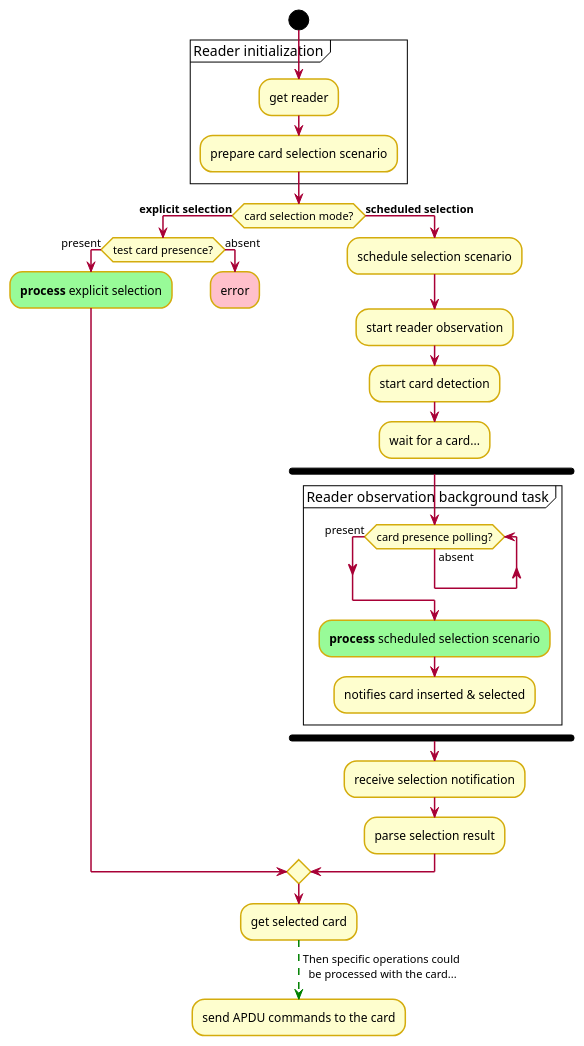
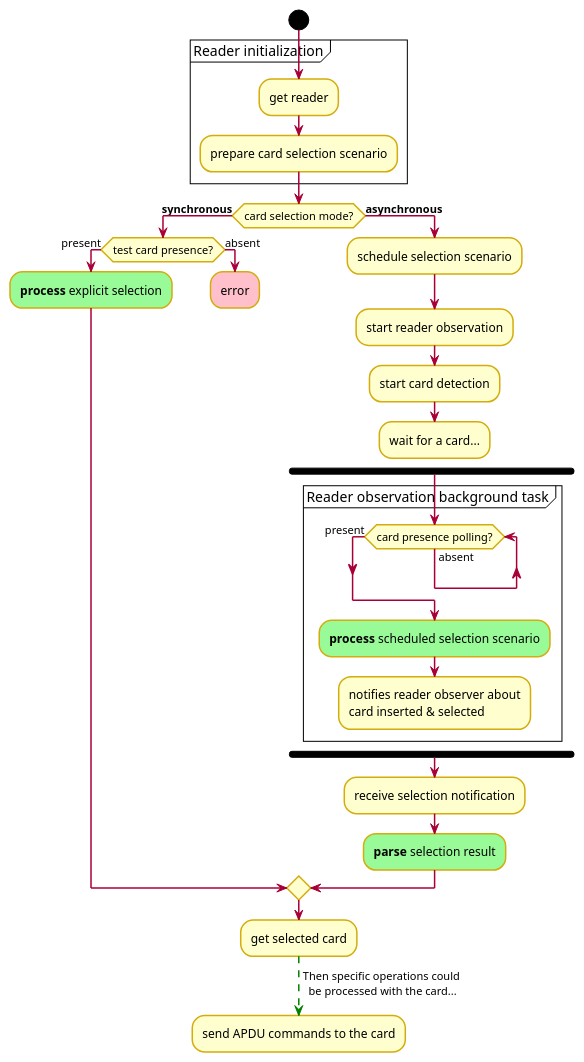
The diagram in content/apis/reader_management_card_selection_modes_activity_diagram.puml (calypsonet/calypsonet-terminal-api-website), drawn with PlantUML before and after one commit. The commit also changed 2 other files, not shown here.

Commit message:
Add synchronous wording for Reader API (#6)

```diff
--- a/content/apis/reader_management_card_selection_modes_activity_diagram.puml
+++ b/content/apis/reader_management_card_selection_modes_activity_diagram.puml
@@ -1,85 +1,85 @@
 @startuml
 skin rose
 
 'skinparam ClassBorderColor #F1C40F
 skinparam ClassBorderColor #D4AC0D
 skinparam stereotypeABorderColor #A9DCDF
 skinparam stereotypeIBorderColor #B4A7E5
 skinparam stereotypeCBorderColor #ADD1B2
 skinparam stereotypeEBorderColor #EB93DF
 skinparam shadowing false
 
 skinparam StateBorderColor #D4AC0D
 skinparam ActivityBorderColor #D4AC0D
 
 ' Red
 skinparam ClassBackgroundColor<<red>> #FDEDEC
 skinparam ClassBorderColor<<red>> #E74C3C
 hide <<red>> stereotype
 ' Purple
 skinparam ClassBackgroundColor<<purple>> #F4ECF7
 skinparam ClassBorderColor<<purple>> #8E44AD
 hide <<purple>> stereotype
 ' blue
 skinparam ClassBackgroundColor<<blue>> #EBF5FB
 skinparam ClassBorderColor<<blue>> #3498DB
 hide <<blue>> stereotype
 ' Green
 skinparam ClassBackgroundColor<<green>> #EAFAF1
 skinparam ClassBorderColor<<green>> #2ECC71
 hide <<green>> stereotype
 
 ' Orange
 skinparam ClassBackgroundColor<<orange>> #FDF2E9
 skinparam ClassBorderColor<<orange>> #E67E22
 hide <<orange>> stereotype
 
 ' Grey
 skinparam ClassBackgroundColor<<grey>> #EAECEE
 skinparam ClassBorderColor<<grey>> #2C3E50
 hide <<grey>> stereotype
 
 start
 partition "Reader initialization" {
 ''	:register plugin;
 	:get reader;
 	:prepare card selection scenario;
 }
 
-if (card selection mode?) then (**explicit selection**)
+if (card selection mode?) then (**synchronous**)
 
 
     if (test card presence?) then (present)
 '    !pragma useVerticalIf on
         #palegreen:**process** explicit selection;
     else (absent)
         #pink:error;
         kill
     endif
 
 
-else (**scheduled selection**)
+else (**asynchronous**)
     :schedule selection scenario;
     :start reader observation;
     :start card detection;
     :wait for a card...;
 	detach
 	fork
 		partition "Reader observation background task" {
 '		    :card presence polling:\n\tis card absent?;
 		    while(card presence polling?) is (absent)
             endwhile (present)
 
             #palegreen:**process** scheduled selection scenario;
-            :notifies card inserted & selected;
+            :notifies reader observer about\ncard inserted & selected;
 		}
 	end fork
 	detach
 	:receive selection notification;
-	:parse selection result;
+	#palegreen:**parse** selection result;
 endif
 	:get selected card;
 -[#green,dashed]-> Then specific operations could
   be processed with the card...;
 	:send APDU commands to the card;
 @enduml
```
